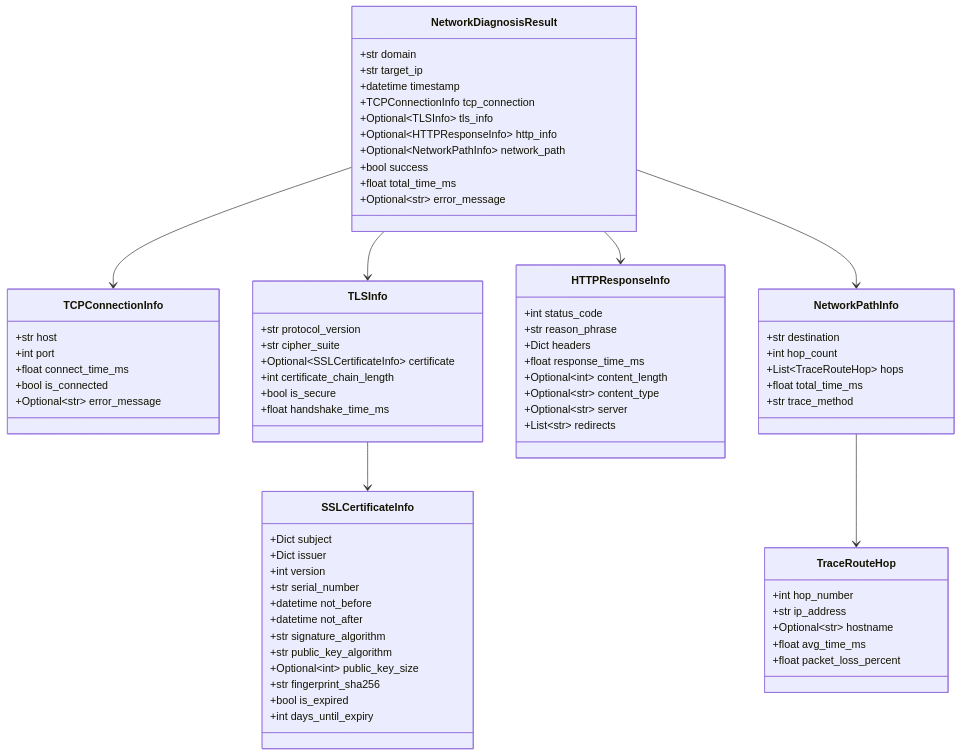
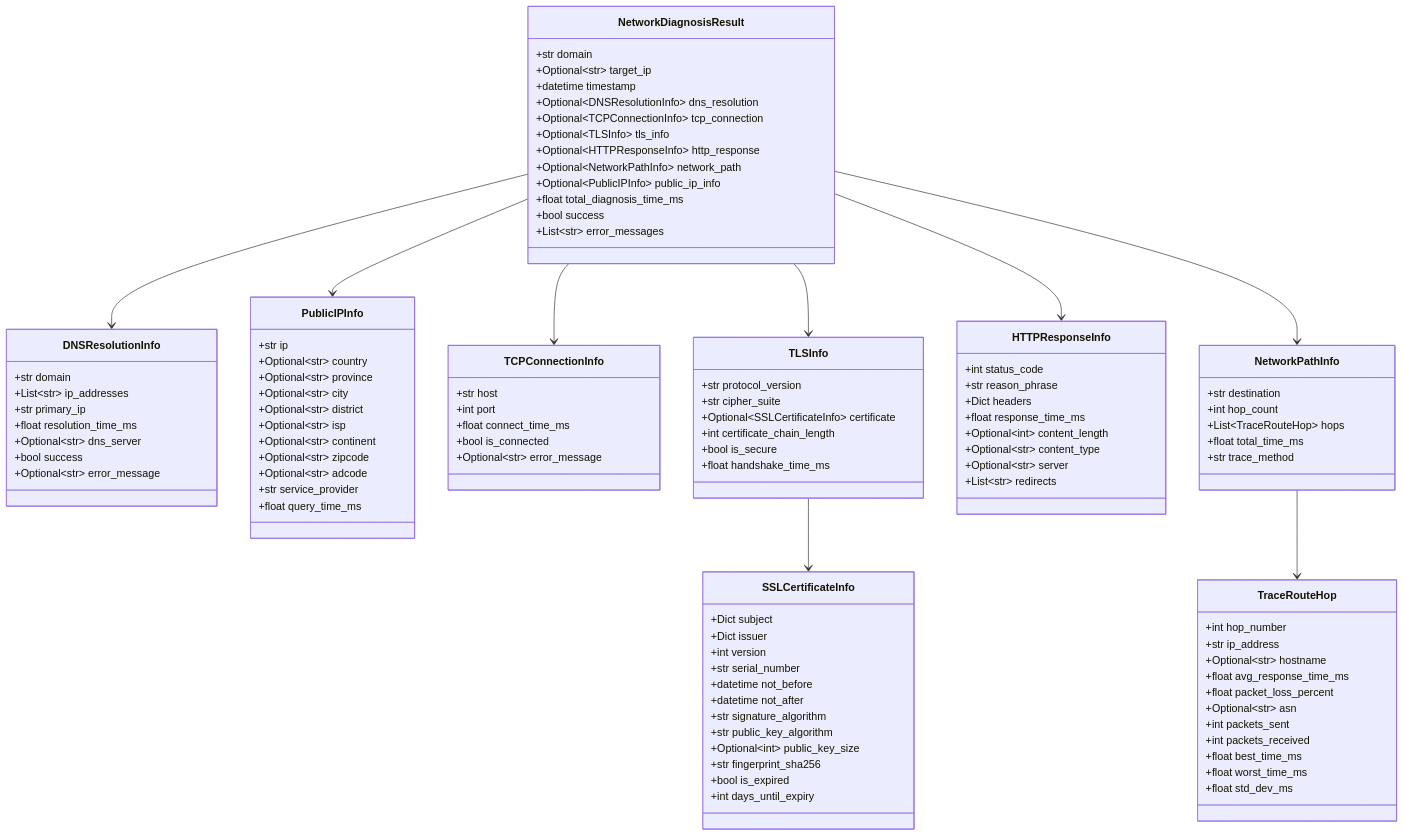
Before and after one commit to Matthewyin/probing: the eighth of 12 diagrams in network-diagnosis/doc/ARCHITECTURE.md, drawn with Mermaid. The commit also changed other lines of this file and 1 other file, not shown here.

````diff
--- a/network-diagnosis/doc/ARCHITECTURE.md
+++ b/network-diagnosis/doc/ARCHITECTURE.md
@@ -501,15 +519,41 @@
 classDiagram
     class NetworkDiagnosisResult {
         +str domain
-        +str target_ip
+        +Optional~str~ target_ip
         +datetime timestamp
-        +TCPConnectionInfo tcp_connection
+        +Optional~DNSResolutionInfo~ dns_resolution
+        +Optional~TCPConnectionInfo~ tcp_connection
         +Optional~TLSInfo~ tls_info
-        +Optional~HTTPResponseInfo~ http_info
+        +Optional~HTTPResponseInfo~ http_response
         +Optional~NetworkPathInfo~ network_path
+        +Optional~PublicIPInfo~ public_ip_info
+        +float total_diagnosis_time_ms
         +bool success
-        +float total_time_ms
+        +List~str~ error_messages
+    }
+
+    class DNSResolutionInfo {
+        +str domain
+        +List~str~ ip_addresses
+        +str primary_ip
+        +float resolution_time_ms
+        +Optional~str~ dns_server
+        +bool success
         +Optional~str~ error_message
+    }
+
+    class PublicIPInfo {
+        +str ip
+        +Optional~str~ country
+        +Optional~str~ province
+        +Optional~str~ city
+        +Optional~str~ district
+        +Optional~str~ isp
+        +Optional~str~ continent
+        +Optional~str~ zipcode
+        +Optional~str~ adcode
+        +str service_provider
+        +float query_time_ms
     }
 
     class TCPConnectionInfo {
@@ -567,14 +611,22 @@
         +int hop_number
         +str ip_address
         +Optional~str~ hostname
-        +float avg_time_ms
+        +float avg_response_time_ms
         +float packet_loss_percent
+        +Optional~str~ asn
+        +int packets_sent
+        +int packets_received
+        +float best_time_ms
+        +float worst_time_ms
+        +float std_dev_ms
     }
 
+    NetworkDiagnosisResult --> DNSResolutionInfo
     NetworkDiagnosisResult --> TCPConnectionInfo
     NetworkDiagnosisResult --> TLSInfo
     NetworkDiagnosisResult --> HTTPResponseInfo
     NetworkDiagnosisResult --> NetworkPathInfo
+    NetworkDiagnosisResult --> PublicIPInfo
     TLSInfo --> SSLCertificateInfo
     NetworkPathInfo --> TraceRouteHop
 ```
````
